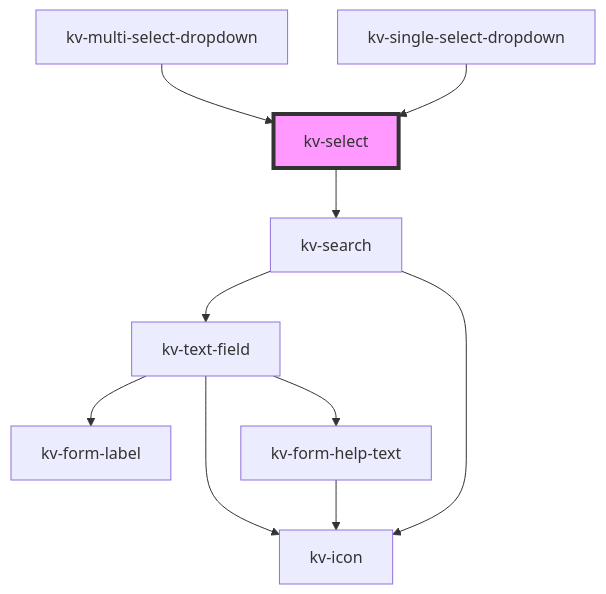
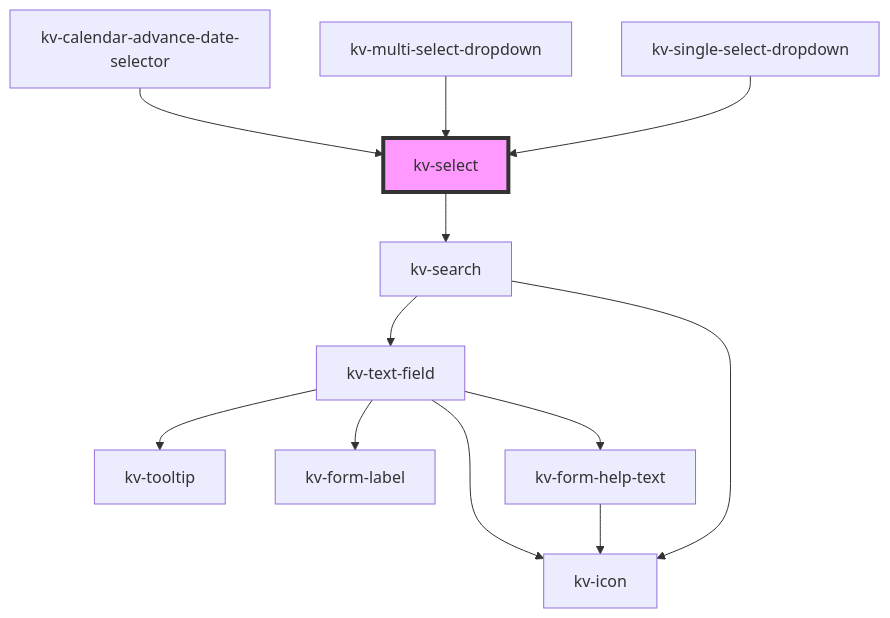
The diagram in packages/ui-components/src/components/select/readme.md (kelvininc/ui-components), drawn with Mermaid before and after one commit. The commit also changed other lines of this file and 84 other files, not shown here.

````diff
--- a/packages/ui-components/src/components/select/readme.md
+++ b/packages/ui-components/src/components/select/readme.md
@@ -97,13 +105,15 @@
 ```mermaid
 graph TD;
   kv-select --> kv-search
   kv-search --> kv-text-field
   kv-search --> kv-icon
+  kv-text-field --> kv-tooltip
   kv-text-field --> kv-form-label
   kv-text-field --> kv-icon
   kv-text-field --> kv-form-help-text
   kv-form-help-text --> kv-icon
+  kv-calendar-advance-date-selector --> kv-select
   kv-multi-select-dropdown --> kv-select
   kv-single-select-dropdown --> kv-select
   style kv-select fill:#f9f,stroke:#333,stroke-width:4px
 ```
````
